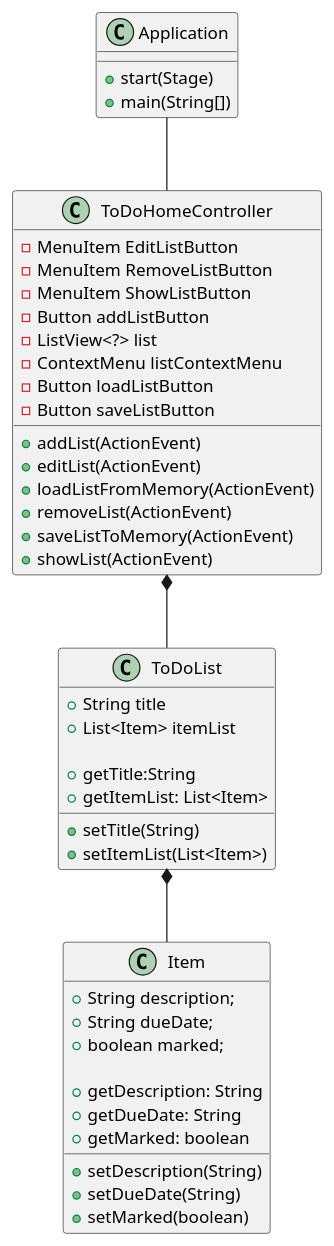
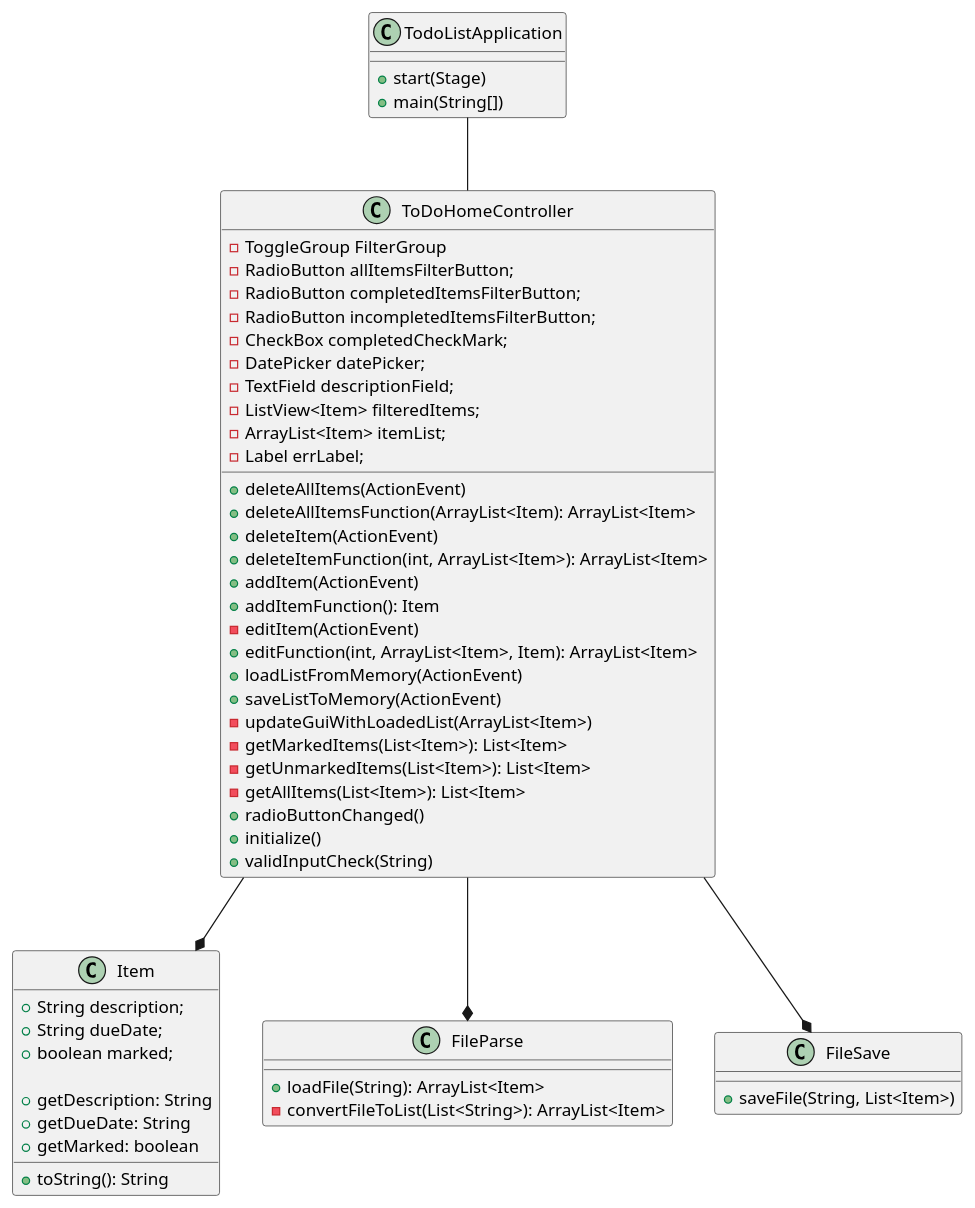
One commit to RicardoB1437/To-Do-List-App changed the diagram in ToDoAppImpl/docs/PlantUML.puml. Above: the diagram before and after it, drawn with PlantUML. The commit also changed 8 other files, not shown here.

```diff
--- a/ToDoAppImpl/docs/PlantUML.puml
+++ b/ToDoAppImpl/docs/PlantUML.puml
@@ -1,59 +1,72 @@
 @startuml
 
-class Application
+class TodoListApplication
 {
     +start(Stage)
     +main(String[])
     'calls launch() which calls start
     'shows the stage
 }
 
 class ToDoHomeController
 {
-    -MenuItem EditListButton
-    -MenuItem RemoveListButton
-    -MenuItem ShowListButton
-    -Button addListButton
-    -ListView<?> list
-    -ContextMenu listContextMenu
-    -Button loadListButton
-    -Button saveListButton
+    -ToggleGroup FilterGroup
+    -RadioButton allItemsFilterButton;
+    -RadioButton completedItemsFilterButton;
+    -RadioButton incompletedItemsFilterButton;
+    -CheckBox completedCheckMark;
+    -DatePicker datePicker;
+    -TextField descriptionField;
+    -ListView<Item> filteredItems;
+    -ArrayList<Item> itemList;
+    -Label errLabel;
 
-    +addList(ActionEvent)
-    +editList(ActionEvent)
+    +deleteAllItems(ActionEvent)
+    +deleteAllItemsFunction(ArrayList<Item): ArrayList<Item>
+    +deleteItem(ActionEvent)
+    +deleteItemFunction(int, ArrayList<Item>): ArrayList<Item>
+    +addItem(ActionEvent)
+    +addItemFunction(): Item
+    -editItem(ActionEvent)
+    +editFunction(int, ArrayList<Item>, Item): ArrayList<Item>
     +loadListFromMemory(ActionEvent)
-    +removeList(ActionEvent)
     +saveListToMemory(ActionEvent)
-    +showList(ActionEvent)
-}
-
-class ToDoList
-{
-    +String title
-    +List<Item> itemList
-
-    +getTitle:String
-    +setTitle(String)
-    +getItemList: List<Item>
-    +setItemList(List<Item>)
+    -updateGuiWithLoadedList(ArrayList<Item>)
+    -getMarkedItems(List<Item>): List<Item>
+    -getUnmarkedItems(List<Item>): List<Item>
+    -getAllItems(List<Item>): List<Item>
+    +radioButtonChanged()
+    +initialize()
+    +validInputCheck(String)
 }
 
 class Item
 {
     +String description;
     +String dueDate;
     +boolean marked;
 
-    +setDescription(String)
     +getDescription: String
-    +setDueDate(String)
     +getDueDate: String
-    +setMarked(boolean)
     +getMarked: boolean
+    +toString(): String
 }
 
-ToDoList *-- Item
-ToDoHomeController *-- ToDoList
-Application -- ToDoHomeController
+class FileParse
+{
+    +loadFile(String): ArrayList<Item>
+    -convertFileToList(List<String>): ArrayList<Item>
+}
+
+class FileSave
+{
+    +saveFile(String, List<Item>)
+}
+
+TodoListApplication -- ToDoHomeController
+ToDoHomeController --* Item
+ToDoHomeController --* FileSave
+ToDoHomeController --* FileParse
+
 
 @enduml
```
